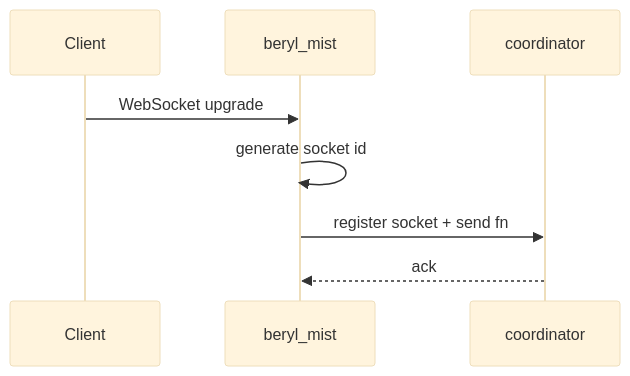
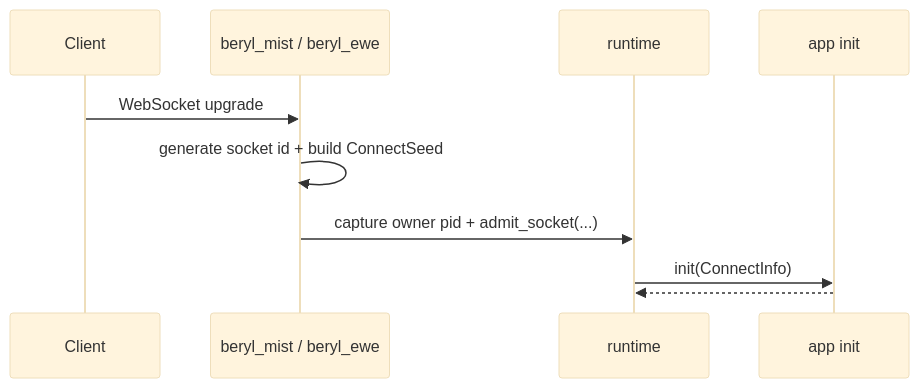
Before and after one commit to tylerbutler/beryl: the third of 11 diagrams in docs/architecture-deck.md, drawn with Mermaid (base theme). The commit also changed other lines of this file and 90 other files, not shown here.

First line of the commit message:
docs(beryl): document app-side dispatch (#267)

````diff
--- a/docs/architecture-deck.md
+++ b/docs/architecture-deck.md
@@ -156,10 +163,12 @@
 ```mermaid
 sequenceDiagram
   participant Client
-  participant Mist as beryl_mist
-  participant Coord as coordinator
-  Client->>Mist: WebSocket upgrade
-  Mist->>Mist: generate socket id
-  Mist->>Coord: register socket + send fn
-  Coord-->>Mist: ack
+  participant Transport as beryl_mist / beryl_ewe
+  participant Runtime as runtime
+  participant App as app init
+  Client->>Transport: WebSocket upgrade
+  Transport->>Transport: generate socket id + build ConnectSeed
+  Transport->>Runtime: capture owner pid + admit_socket(...)
+  Runtime->>App: init(ConnectInfo)
+  App-->>Runtime: #(model, init effects)
 ```
````
